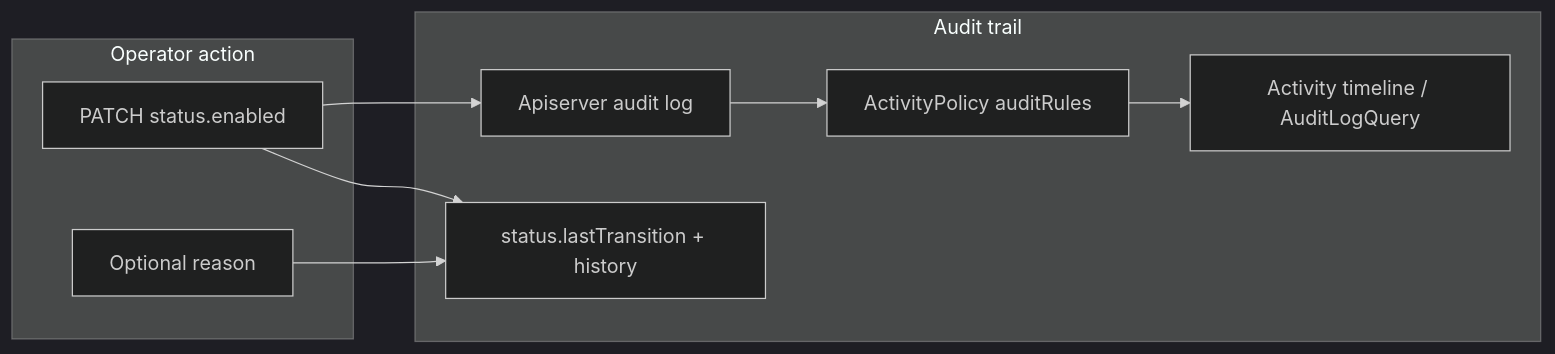
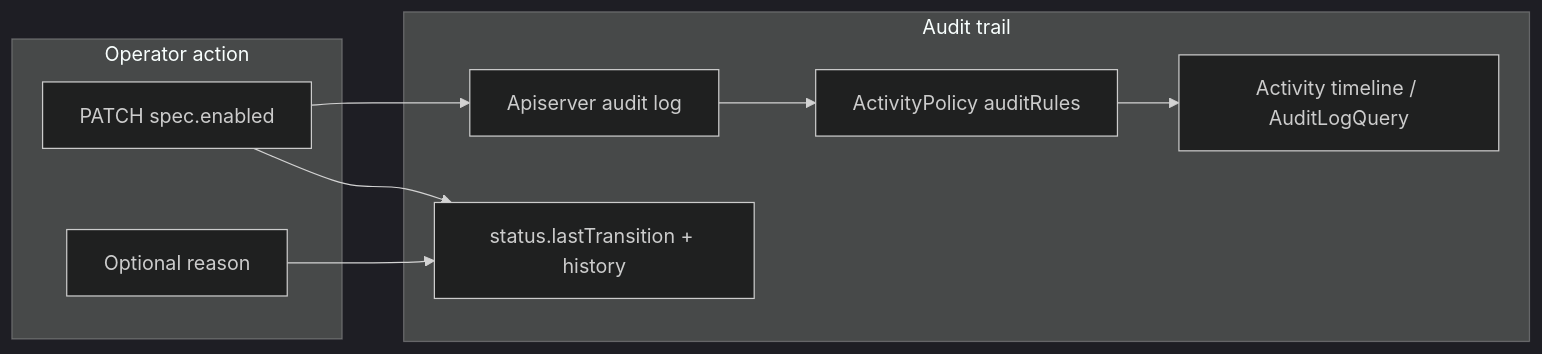
One commit to milo-os/service-catalog changed the second of 3 diagrams in docs/enhancements/platform-feature-flags.md. Above: the diagram before and after it, drawn with Mermaid (dark theme). The commit also changed other lines of this file, not shown here.

````diff
--- a/docs/enhancements/platform-feature-flags.md
+++ b/docs/enhancements/platform-feature-flags.md
@@ -253,18 +299,18 @@
 ```mermaid
 flowchart LR
     subgraph write [Operator action]
-        Patch["PATCH status.enabled"]
+        Patch["PATCH spec.enabled"]
         Reason["Optional reason"]
     end
     subgraph record [Audit trail]
         K8sAudit["Apiserver audit log"]
         StatusHist["status.lastTransition + history"]
         Policy["ActivityPolicy auditRules"]
         Timeline["Activity timeline / AuditLogQuery"]
     end
     Patch --> K8sAudit
     Patch --> StatusHist
     K8sAudit --> Policy
     Policy --> Timeline
     Reason --> StatusHist
 ```
````
